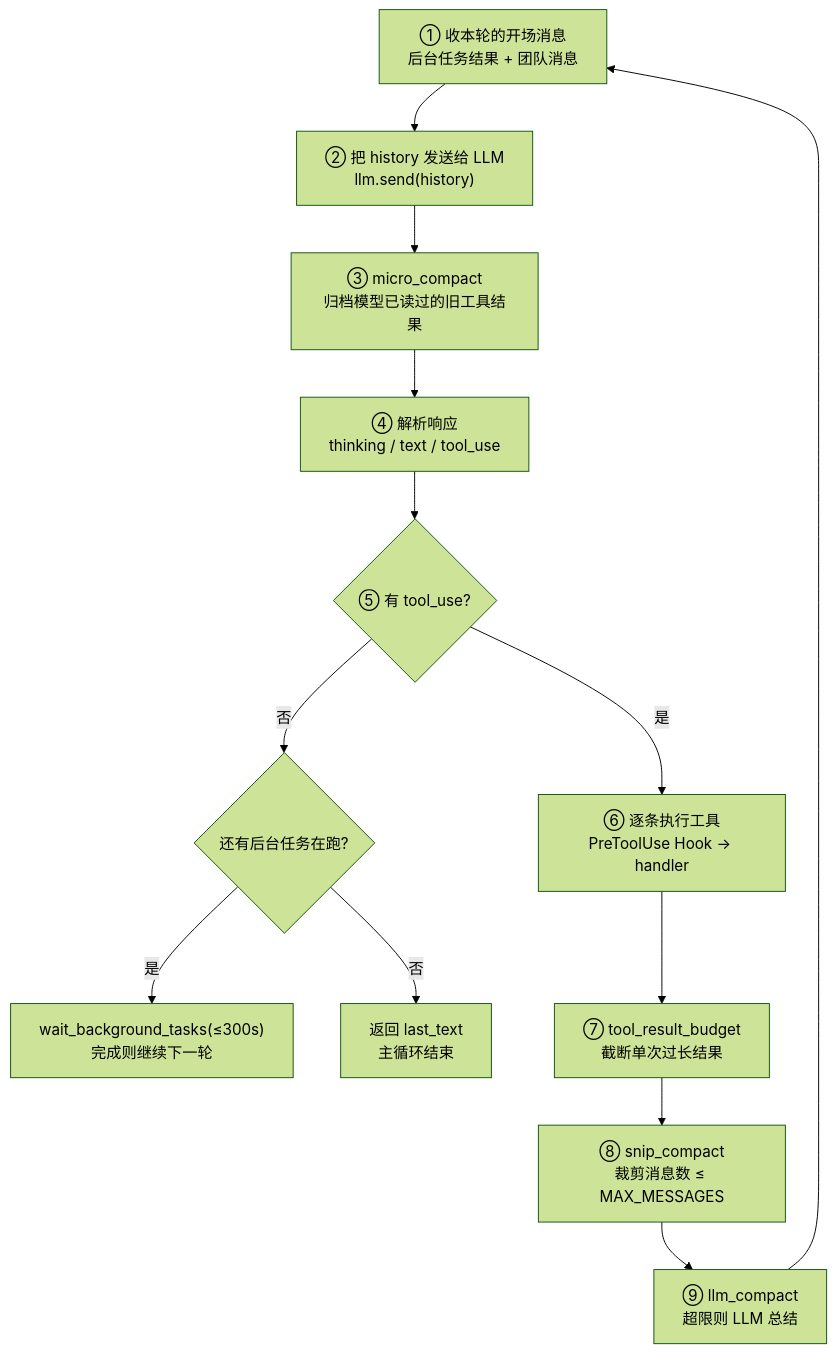
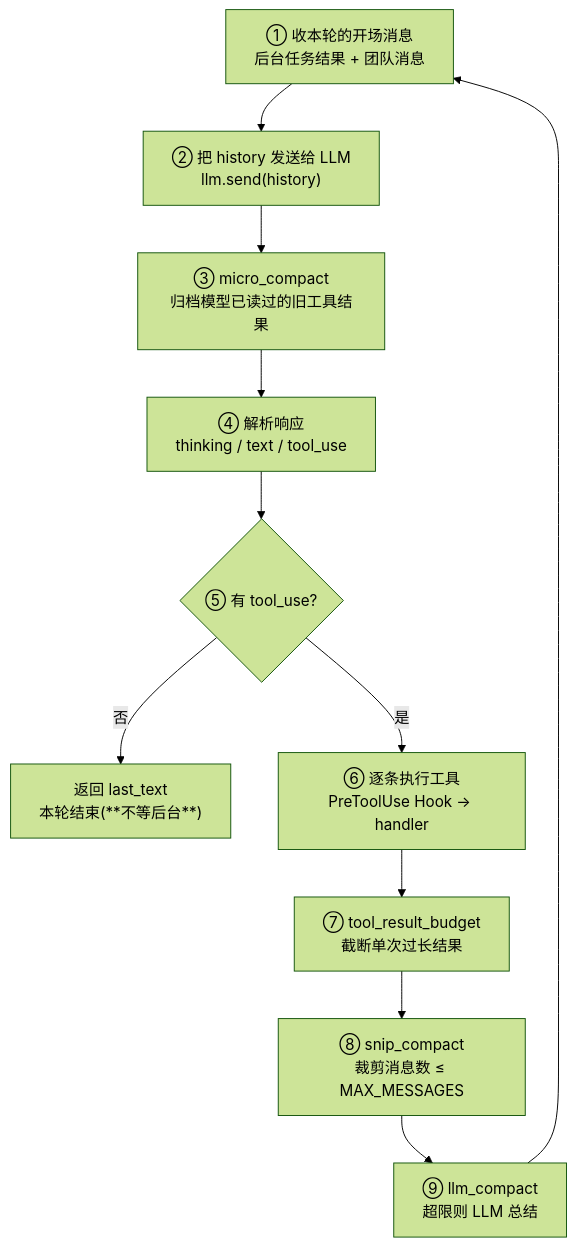
Before and after one commit to mjh134/claude_mini: the diagram in PROJECT_REPORT.md, drawn with Mermaid (forest theme). The commit also changed other lines of this file and 11 other files, not shown here.

````diff
--- a/PROJECT_REPORT.md
+++ b/PROJECT_REPORT.md
@@ -188,15 +197,13 @@
 ```mermaid
 flowchart TD
     A["① 收本轮的开场消息<br/>后台任务结果 + 团队消息"] --> B["② 把 history 发送给 LLM<br/>llm.send(history)"]
     B --> C["③ micro_compact<br/>归档模型已读过的旧工具结果"]
     C --> D["④ 解析响应<br/>thinking / text / tool_use"]
     D --> E{"⑤ 有 tool_use?"}
-    E -- "否" --> F{"还有后台任务在跑?"}
-    F -- "是" --> G["wait_background_tasks(≤300s)<br/>完成则继续下一轮"]
-    F -- "否" --> H["返回 last_text<br/>主循环结束"]
+    E -- "否" --> H["返回 last_text<br/>本轮结束(**不等后台**)"]
     E -- "是" --> I["⑥ 逐条执行工具<br/>PreToolUse Hook → handler"]
     I --> J["⑦ tool_result_budget<br/>截断单次过长结果"]
     J --> K["⑧ snip_compact<br/>裁剪消息数 ≤ MAX_MESSAGES"]
     K --> L["⑨ llm_compact<br/>超限则 LLM 总结"]
     L --> A
 ```
````
